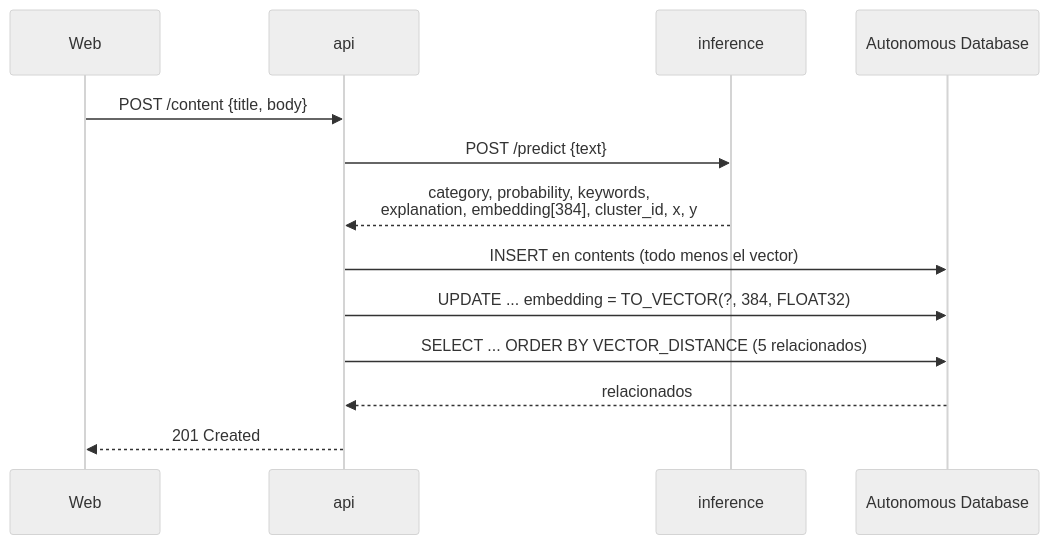
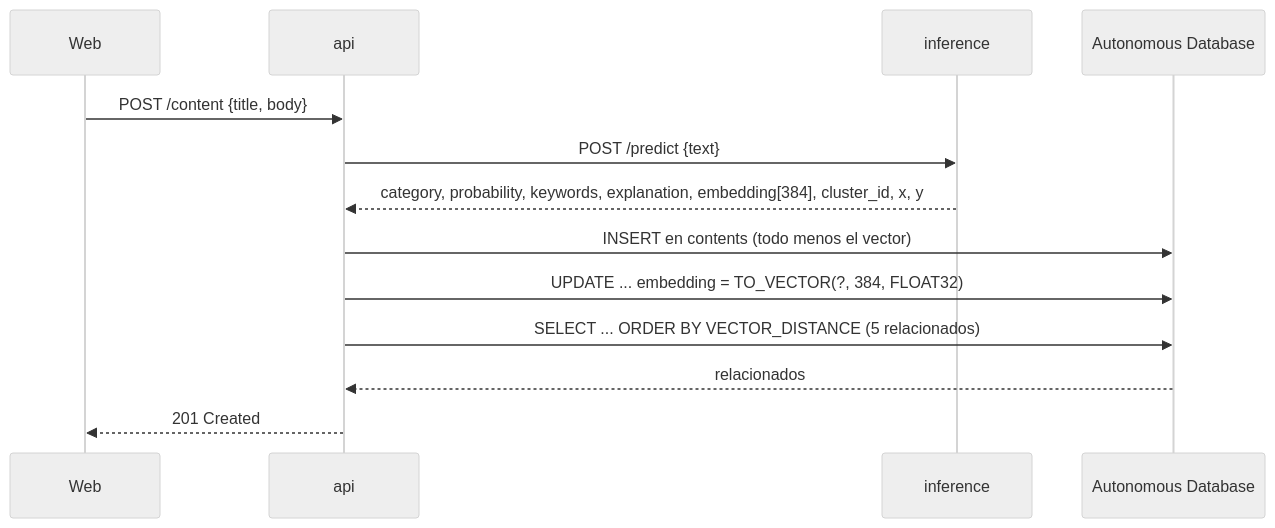
Before and after one commit to No-Country-simulation/G9-LATAM-Team-58: the second of 3 diagrams in docs/ARCHITECTURE.md, drawn with Mermaid (neutral theme). The commit also changed other lines of this file and 10 other files, not shown here.

````diff
--- a/docs/ARCHITECTURE.md
+++ b/docs/ARCHITECTURE.md
@@ -48,16 +48,16 @@
 ```mermaid
 sequenceDiagram
     participant Web
     participant API as api
     participant INF as inference
     participant DB as Autonomous Database
 
     Web->>API: POST /content {title, body}
     API->>INF: POST /predict {text}
-    INF-->>API: category, probability, keywords,<br/>explanation, embedding[384], cluster_id, x, y
+    INF-->>API: category, probability, keywords, explanation, embedding[384], cluster_id, x, y
     API->>DB: INSERT en contents (todo menos el vector)
     API->>DB: UPDATE ... embedding = TO_VECTOR(?, 384, FLOAT32)
     API->>DB: SELECT ... ORDER BY VECTOR_DISTANCE (5 relacionados)
     DB-->>API: relacionados
     API-->>Web: 201 Created
 ```
````
